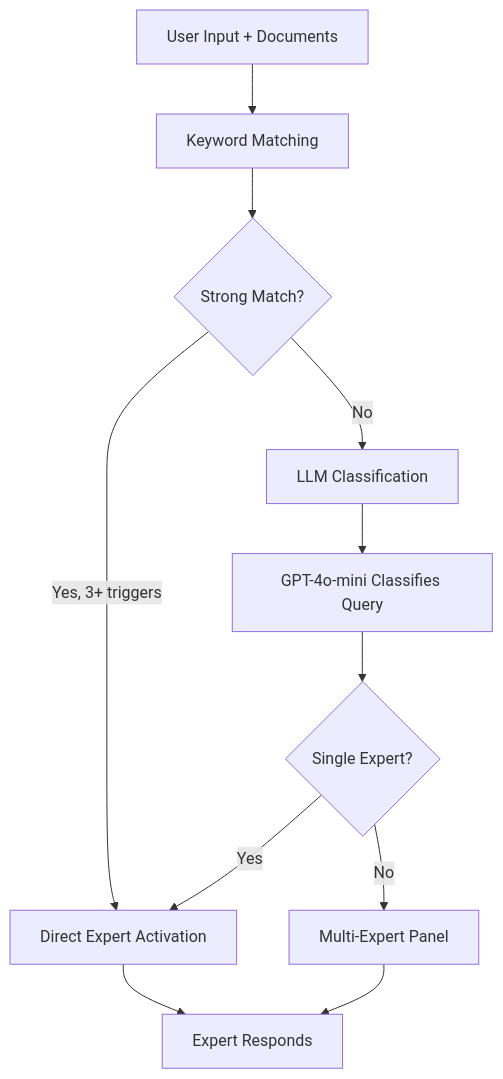
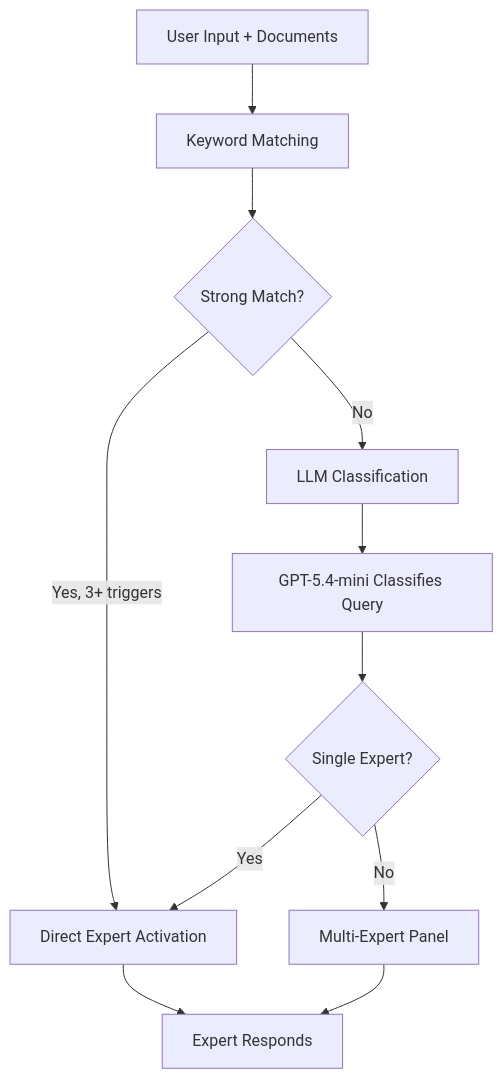
The third of 5 diagrams in docs/USER_GUIDE.md (marcelrgberger/openai-cli), drawn with Mermaid before and after one commit. The commit also changed other lines of this file and 1 other file, not shown here.

Commit message:
Update docs to askapro-cli with 85+ roles and GPT-5.4 defaults

````diff
--- a/docs/USER_GUIDE.md
+++ b/docs/USER_GUIDE.md
@@ -137,13 +137,13 @@
 ```mermaid
 flowchart TD
     A[User Input + Documents] --> B[Keyword Matching]
     B --> C{Strong Match?}
     C -->|Yes, 3+ triggers| D[Direct Expert Activation]
     C -->|No| E[LLM Classification]
-    E --> F[GPT-4o-mini Classifies Query]
+    E --> F[GPT-5.4-mini Classifies Query]
     F --> G{Single Expert?}
     G -->|Yes| D
     G -->|No| H[Multi-Expert Panel]
     D --> I[Expert Responds]
     H --> I
 ```
````
